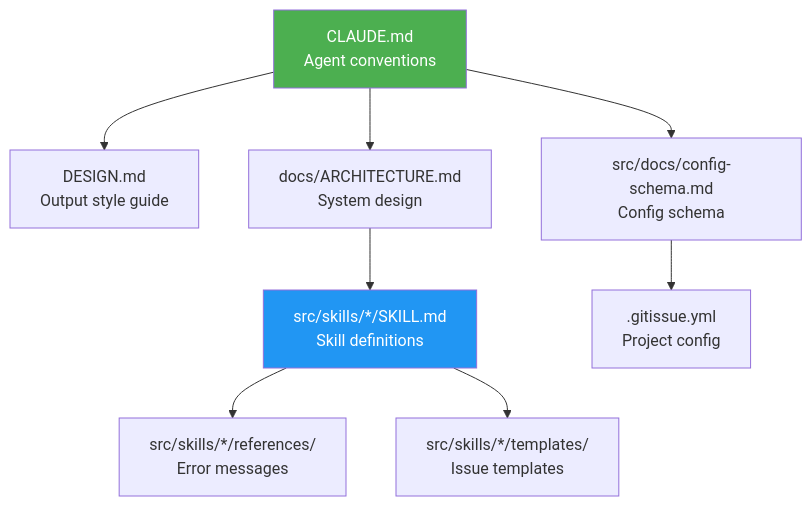
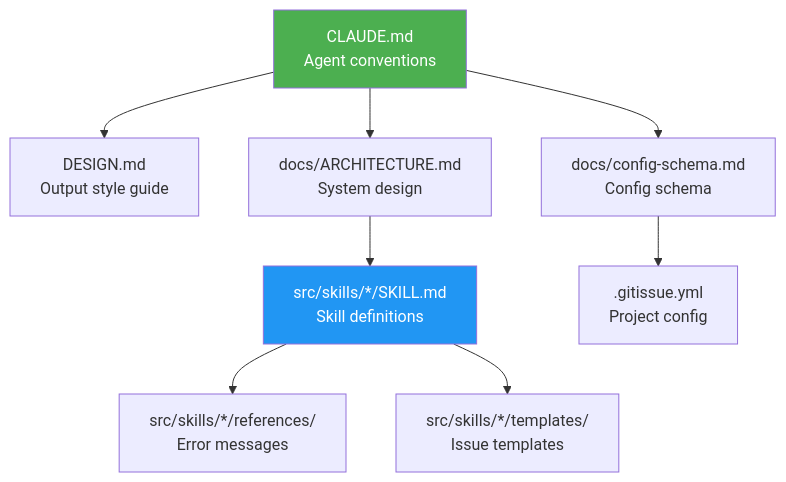
Before and after one commit to luongnv89/idd: the third of 3 diagrams in docs/DEVELOPMENT.md, drawn with Mermaid. The commit also changed other lines of this file and 69 other files, not shown here.

````diff
--- a/docs/DEVELOPMENT.md
+++ b/docs/DEVELOPMENT.md
@@ -129,13 +129,13 @@
 ```mermaid
 graph TD
     CM["CLAUDE.md<br/>Agent conventions"] --> DM["DESIGN.md<br/>Output style guide"]
-    CM --> CS["src/docs/config-schema.md<br/>Config schema"]
+    CM --> CS["docs/config-schema.md<br/>Config schema"]
     CM --> AR["docs/ARCHITECTURE.md<br/>System design"]
     AR --> SK["src/skills/*/SKILL.md<br/>Skill definitions"]
     SK --> EM["src/skills/*/references/<br/>Error messages"]
     SK --> TM["src/skills/*/templates/<br/>Issue templates"]
     CS --> GY[".gitissue.yml<br/>Project config"]
 
     style CM fill:#4CAF50,color:#fff
     style SK fill:#2196F3,color:#fff
 ```
````
